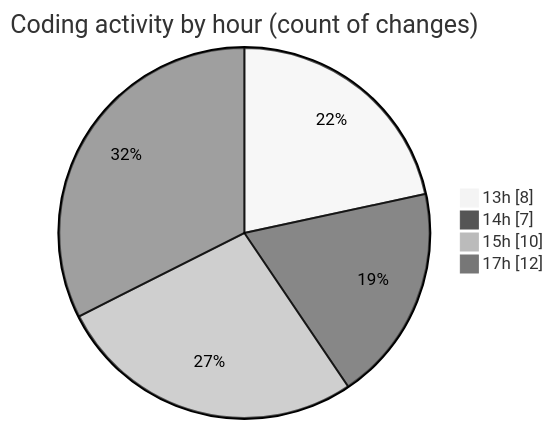
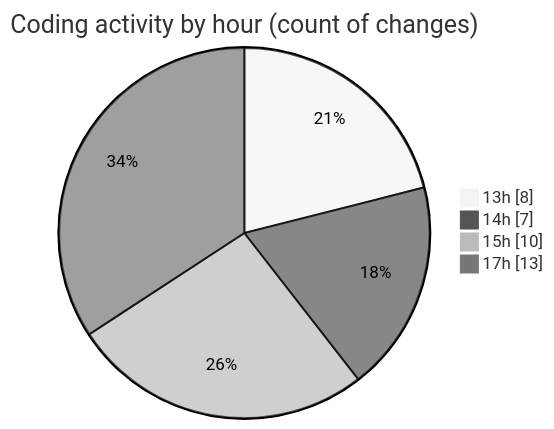
One commit to BS-eng2023/code-tracking changed the second of 2 diagrams in 2025-04-03/jsvms/README.md. Above: the diagram before and after it, drawn with Mermaid (neutral theme). The commit also changed other lines of this file and 1 other file, not shown here.

````diff
--- a/2025-04-03/jsvms/README.md
+++ b/2025-04-03/jsvms/README.md
@@ -39,8 +39,8 @@
 ```mermaid
 pie showData
 title Coding activity by hour (count of changes)
 "13h" : 8
 "14h" : 7
 "15h" : 10
-"17h" : 12
+"17h" : 13
 ```
````
